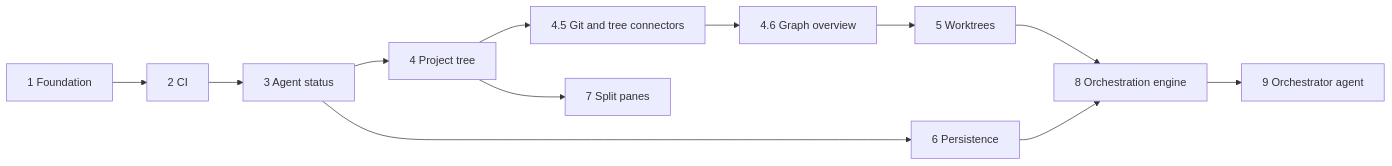
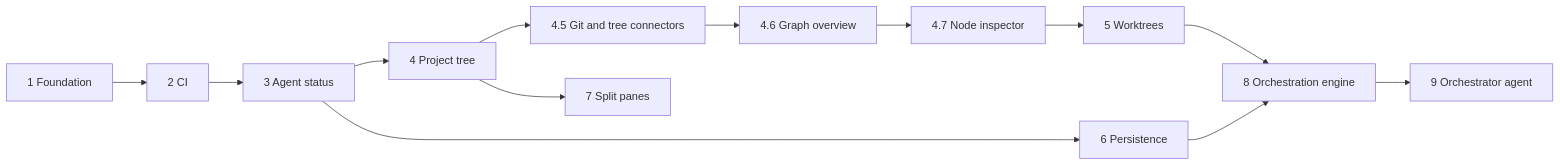
The diagram in docs/ROADMAP.md (danielpina1/anthrex), drawn with Mermaid before and after one commit. The commit also changed other lines of this file and 2 other files, not shown here.

First line of the commit message:
docs: design and brief for the node inspector

````diff
--- a/docs/ROADMAP.md
+++ b/docs/ROADMAP.md
@@ -41,14 +42,15 @@
 ```mermaid
 flowchart LR
   M1[1 Foundation] --> M2[2 CI]
   M2 --> M3[3 Agent status]
   M3 --> M4[4 Project tree]
   M4 --> M45[4.5 Git and tree connectors]
   M45 --> M46[4.6 Graph overview]
-  M46 --> M5[5 Worktrees]
+  M46 --> M47[4.7 Node inspector]
+  M47 --> M5[5 Worktrees]
   M3 --> M6[6 Persistence]
   M4 --> M7[7 Split panes]
   M5 --> M8[8 Orchestration engine]
   M6 --> M8
   M8 --> M9[9 Orchestrator agent]
 ```
````
